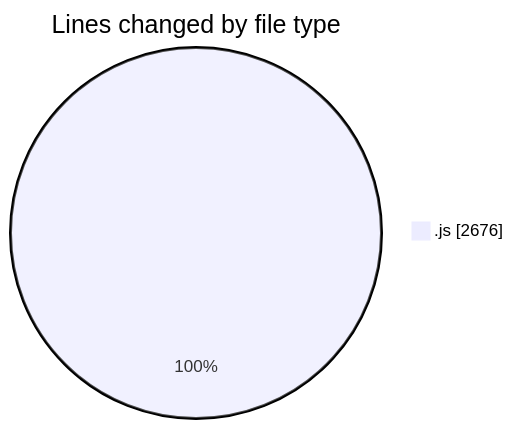
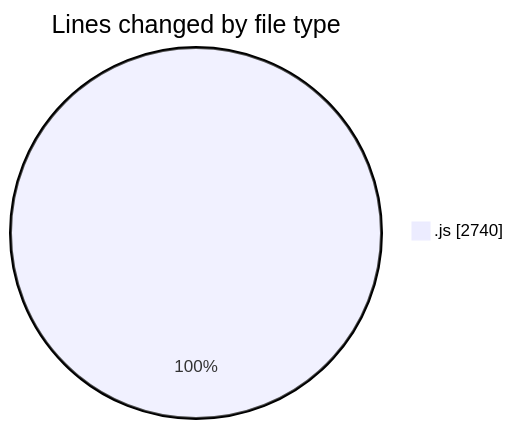
The first of 2 diagrams in 2025-09-02/nxtqube_webapp/README.md (nxtqubesakshisongat/code-tracking), drawn with Mermaid before and after one commit. The commit also changed other lines of this file and 1 other file, not shown here.

````diff
--- a/2025-09-02/nxtqube_webapp/README.md
+++ b/2025-09-02/nxtqube_webapp/README.md
@@ -20,5 +20,5 @@
 ```mermaid
 pie showData
 title Lines changed by file type
-".js" : 2676
+".js" : 2740
 ```
````
